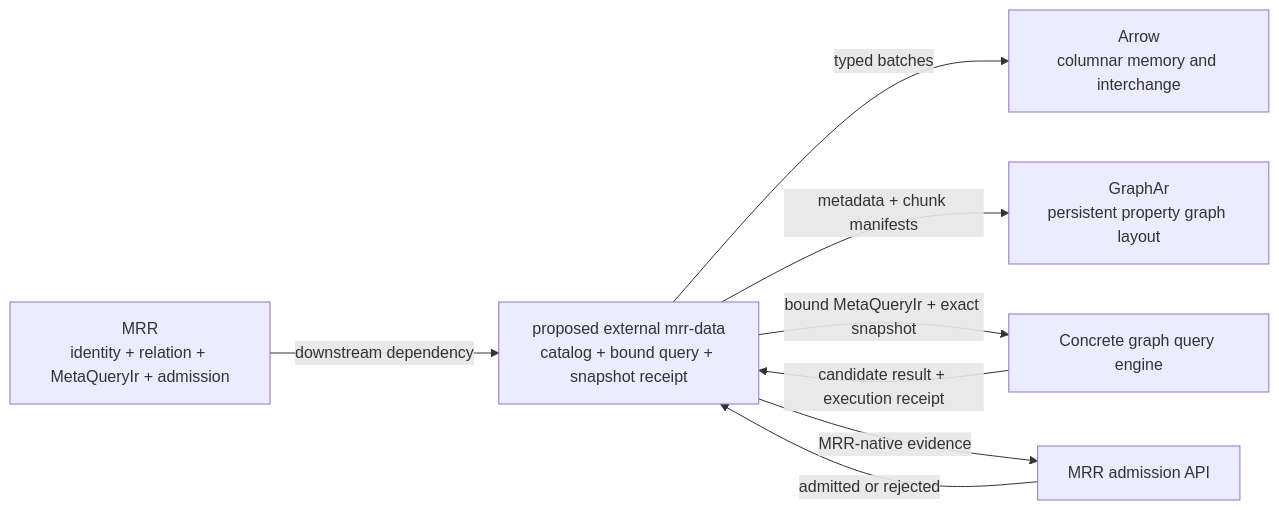
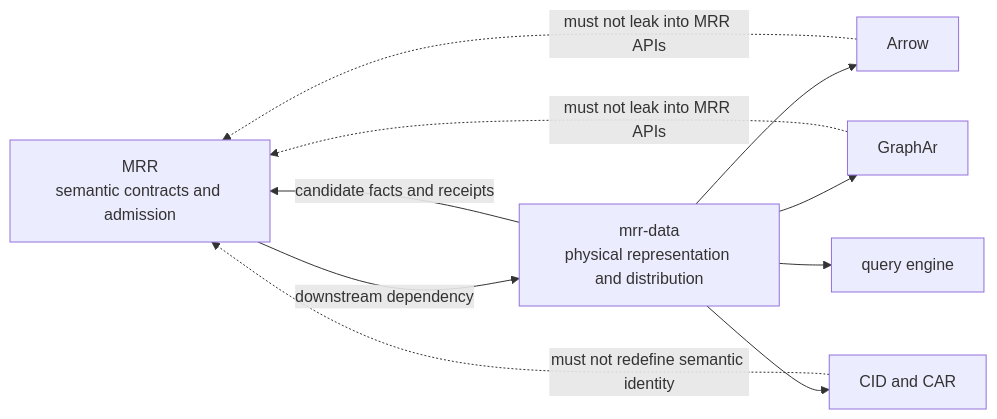
Before and after one commit to tao3k/meta-relational-reasoning: the diagram in docs/architecture/0026-mrr-data-graphar.org, drawn with Mermaid. The commit also changed other lines of this file and 2 other files, not shown here.

Commit message:
docs: define mrr-data ownership boundary

```diff
--- a/docs/architecture/0026-mrr-data-graphar.org
+++ b/docs/architecture/0026-mrr-data-graphar.org
@@ -44,17 +38,19 @@
 #+begin_src mermaid
 flowchart LR
-  M[MRR<br/>identity + relation + MetaQueryIr + admission]
-  D[proposed external mrr-data<br/>catalog + bound query + snapshot receipt]
-  W[Arrow<br/>columnar memory and interchange]
-  G[GraphAr<br/>persistent property graph layout]
-  E[Concrete graph query engine]
-  A[MRR admission API]
+  M[MRR<br/>semantic contracts and admission]
+  D[mrr-data<br/>physical representation and distribution]
+  A[Arrow]
+  G[GraphAr]
+  C[CID and CAR]
+  E[query engine]
 
   M -->|downstream dependency| D
-  D -->|typed batches| W
-  D -->|metadata + chunk manifests| G
-  D -->|bound MetaQueryIr + exact snapshot| E
-  E -->|candidate result + execution receipt| D
-  D -->|MRR-native evidence| A
-  A -->|admitted or rejected| D
+  D --> A
+  D --> G
+  D --> C
+  D --> E
+  D -->|candidate facts and receipts| M
+  A -. must not leak into MRR APIs .-> M
+  G -. must not leak into MRR APIs .-> M
+  C -. must not redefine semantic identity .-> M
 #+end_src
```
